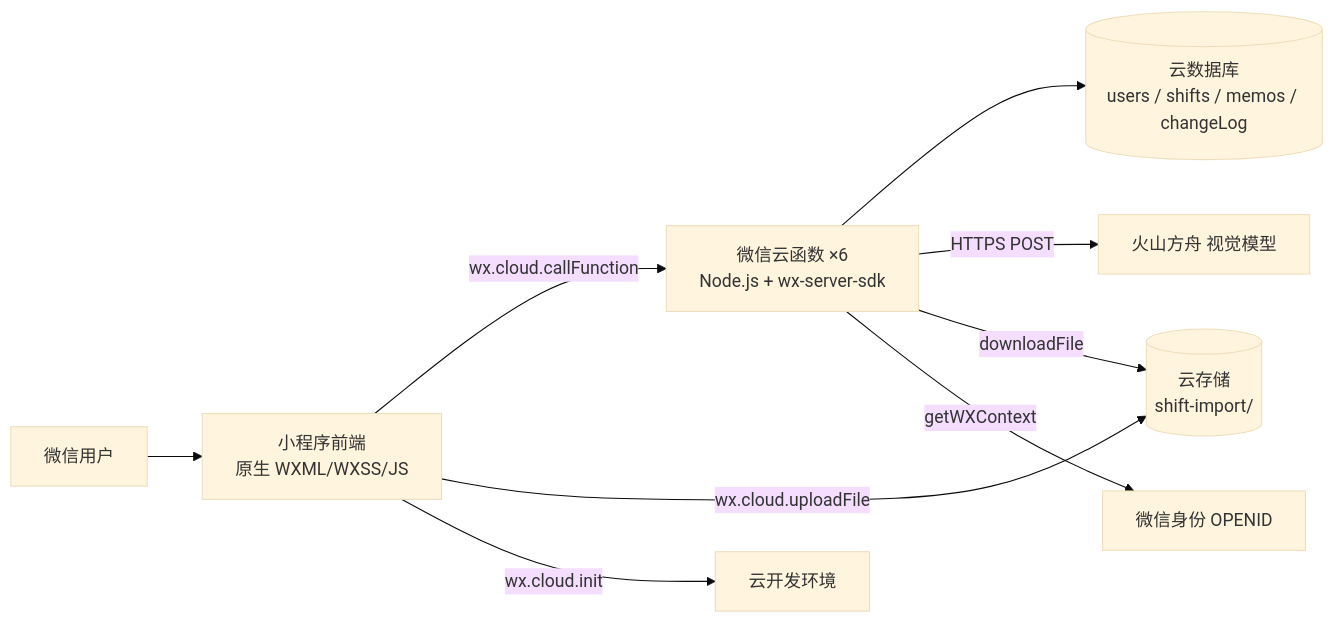
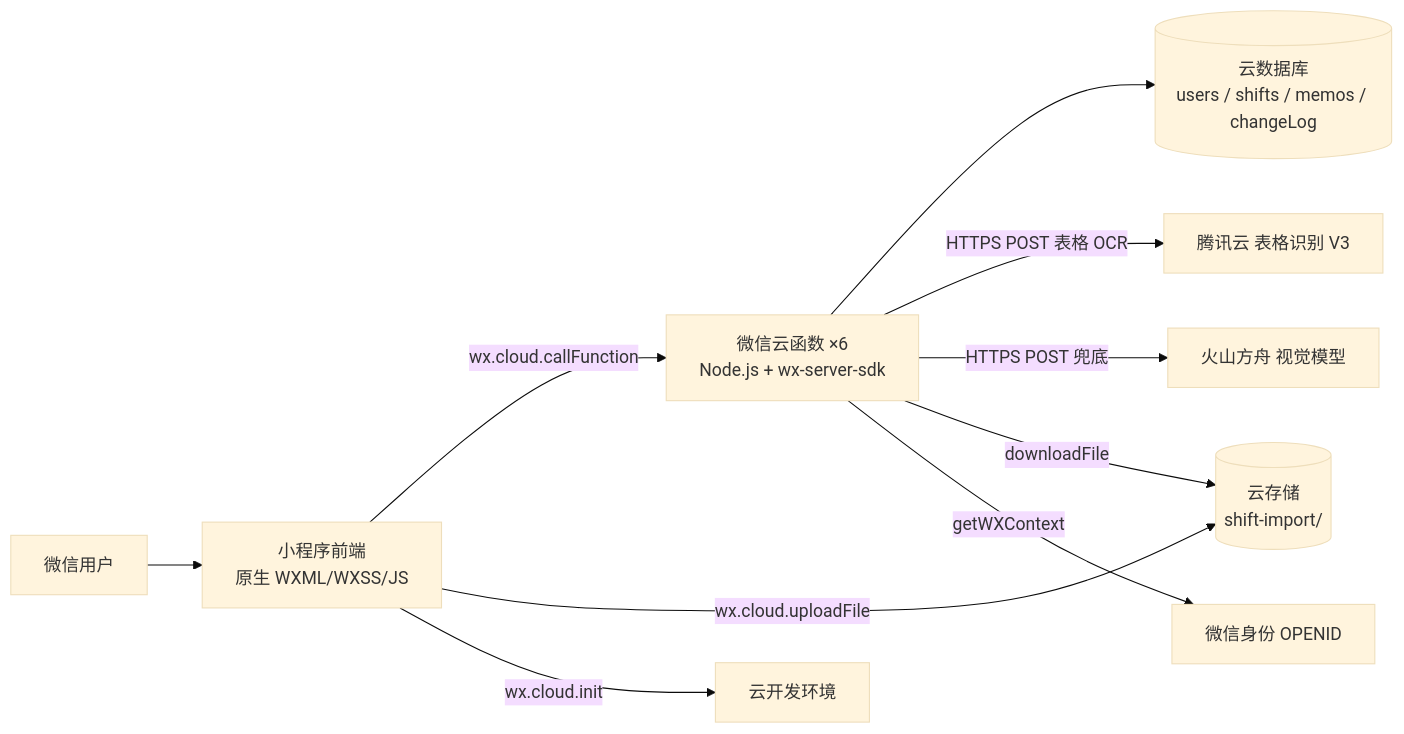
The diagram in docs/architecture.md (linyidong/paiban-xiaochengxu), drawn with Mermaid (base theme) before and after one commit. The commit also changed other lines of this file, not shown here.

````diff
--- a/docs/architecture.md
+++ b/docs/architecture.md
@@ -8,11 +8,12 @@
 ```mermaid
 flowchart LR
   U[微信用户] --> MP[小程序前端<br/>原生 WXML/WXSS/JS]
   MP -->|wx.cloud.callFunction| CF[微信云函数 ×6<br/>Node.js + wx-server-sdk]
   MP -->|wx.cloud.uploadFile| CS[(云存储<br/>shift-import/)]
   MP -->|wx.cloud.init| ENV[云开发环境]
   CF --> DB[(云数据库<br/>users / shifts / memos / changeLog)]
-  CF -->|HTTPS POST| ARK[火山方舟 视觉模型]
+  CF -->|HTTPS POST 表格 OCR| TCB[腾讯云 表格识别 V3]
+  CF -->|HTTPS POST 兜底| ARK[火山方舟 视觉模型]
   CF -->|downloadFile| CS
   CF -->|getWXContext| WX[微信身份 OPENID]
 ```
````
